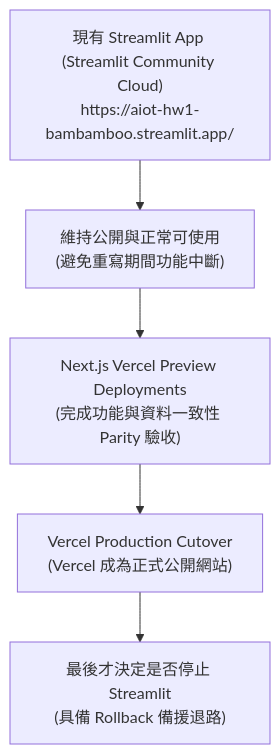
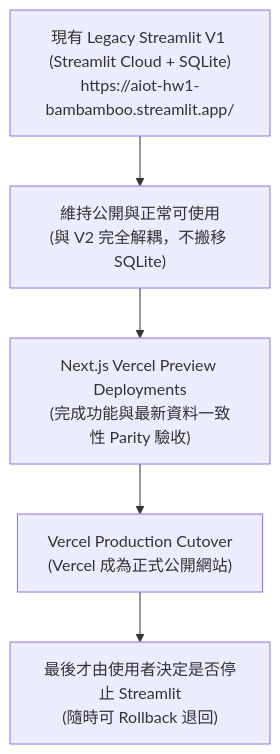
One commit to bambamboo0321/AIOT-HW1 changed the third of 4 diagrams in myplan/FLOW.md. Above: the diagram before and after it, drawn with Mermaid. The commit also changed other lines of this file and 17 other files, not shown here.

Commit message:
docs: simplify V2 to stateless Vercel architecture

````diff
--- a/myplan/FLOW.md
+++ b/myplan/FLOW.md
@@ -82,13 +83,13 @@
 ```mermaid
 flowchart TD
-    S1["現有 Streamlit App (Streamlit Community Cloud)<br>https://aiot-hw1-bambamboo.streamlit.app/"]
-    S2["維持公開與正常可使用<br>(避免重寫期間功能中斷)"]
-    S3["Next.js Vercel Preview Deployments<br>(完成功能與資料一致性 Parity 驗收)"]
+    S1["現有 Legacy Streamlit V1 (Streamlit Cloud + SQLite)<br>https://aiot-hw1-bambamboo.streamlit.app/"]
+    S2["維持公開與正常可使用<br>(與 V2 完全解耦，不搬移 SQLite)"]
+    S3["Next.js Vercel Preview Deployments<br>(完成功能與最新資料一致性 Parity 驗收)"]
     S4["Vercel Production Cutover<br>(Vercel 成為正式公開網站)"]
-    S5["最後才決定是否停止 Streamlit<br>(具備 Rollback 備援退路)"]
+    S5["最後才由使用者決定是否停止 Streamlit<br>(隨時可 Rollback 退回)"]
 
     S1 --> S2
     S2 --> S3
     S3 --> S4
     S4 --> S5
 ```
````
